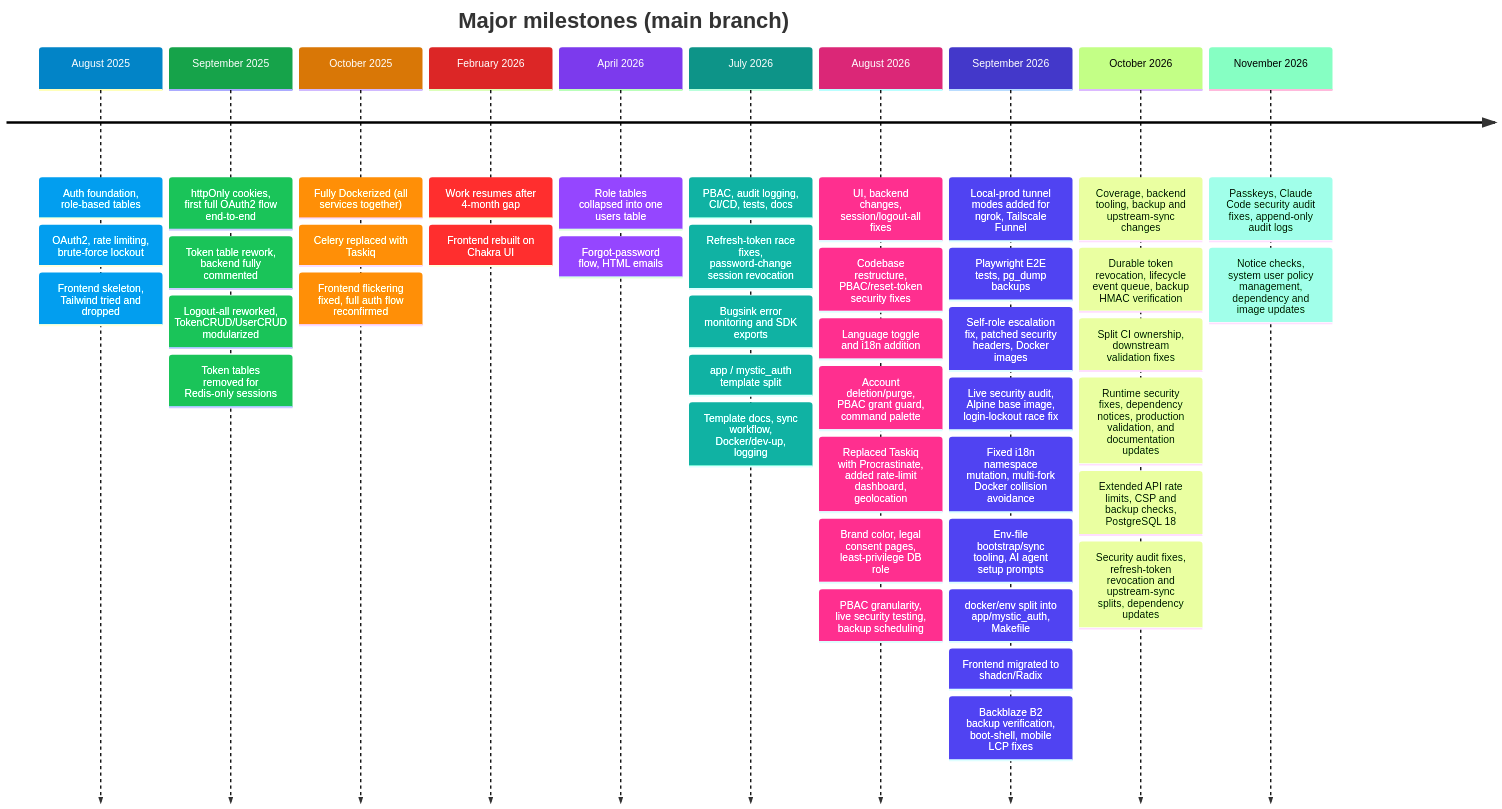
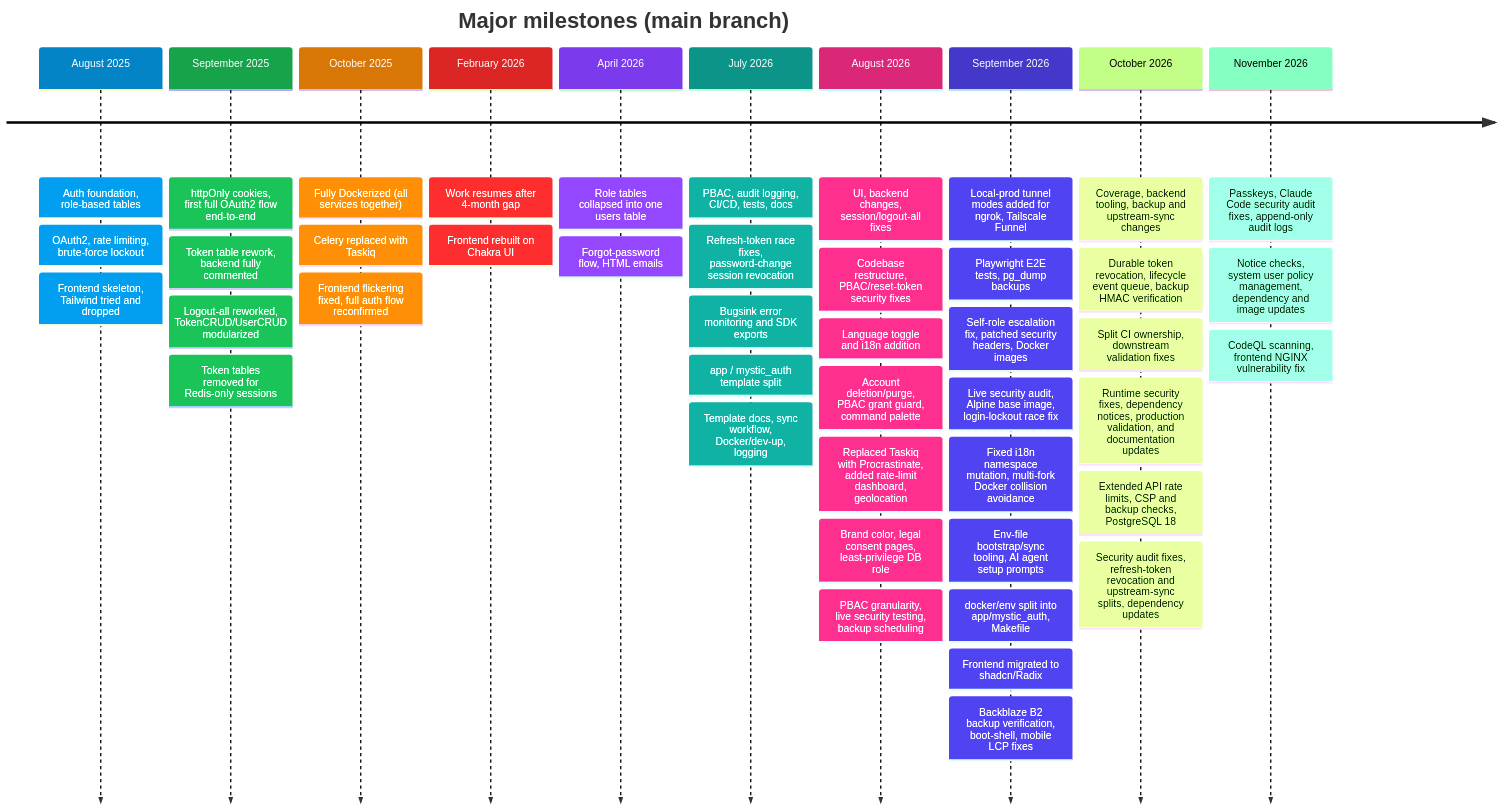
Before and after one commit to Nachiket-2024/mystic-auth: the diagram in docs/mystic_auth/project-story/timeline/README.md, drawn with Mermaid. The commit also changed other lines of this file and 35 other files, not shown here.

Commit message:
Expanded system_superuser grants and added CodeQL scanning

````diff
--- a/docs/mystic_auth/project-story/timeline/README.md
+++ b/docs/mystic_auth/project-story/timeline/README.md
@@ -39,48 +39,49 @@
 ```mermaid
 %%{init: {"themeVariables":{"fontSize":"16px","lineColor":"#334155","cScale0":"#0284c7","cScale1":"#16a34a","cScale2":"#d97706","cScale3":"#dc2626","cScale4":"#7c3aed","cScale5":"#0d9488","cScale6":"#db2777","cScale7":"#4338ca","cScaleLabel0":"#ffffff","cScaleLabel1":"#ffffff","cScaleLabel2":"#ffffff","cScaleLabel3":"#ffffff","cScaleLabel4":"#ffffff","cScaleLabel5":"#ffffff","cScaleLabel6":"#ffffff","cScaleLabel7":"#ffffff"}} }%%
 timeline
     title Major milestones (main branch)
     August 2025: Auth foundation, role-based tables
                 : OAuth2, rate limiting, brute-force lockout
                 : Frontend skeleton, Tailwind tried and dropped
     September 2025: httpOnly cookies, first full OAuth2 flow end-to-end
                    : Token table rework, backend fully commented
                    : Logout-all reworked, TokenCRUD/UserCRUD modularized
                    : Token tables removed for Redis-only sessions
     October 2025: Fully Dockerized (all services together)
                  : Celery replaced with Taskiq
                  : Frontend flickering fixed, full auth flow reconfirmed
     February 2026: Work resumes after 4-month gap
                   : Frontend rebuilt on Chakra UI
     April 2026: Role tables collapsed into one users table
                : Forgot-password flow, HTML emails
     July 2026: PBAC, audit logging, CI/CD, tests, docs
               : Refresh-token race fixes, password-change session revocation
               : Bugsink error monitoring and SDK exports
               : app / mystic_auth template split
               : Template docs, sync workflow, Docker/dev-up, logging
     August 2026: UI, backend changes, session/logout-all fixes
                 : Codebase restructure, PBAC/reset-token security fixes
                 : Language toggle and i18n addition
                 : Account deletion/purge, PBAC grant guard, command palette
                 : Replaced Taskiq with Procrastinate, added rate-limit dashboard, geolocation
                 : Brand color, legal consent pages, least-privilege DB role
                 : PBAC granularity, live security testing, backup scheduling
     September 2026: Local-prod tunnel modes added for ngrok, Tailscale Funnel
                    : Playwright E2E tests, pg_dump backups
                    : Self-role escalation fix, patched security headers, Docker images
                    : Live security audit, Alpine base image, login-lockout race fix
                    : Fixed i18n namespace mutation, multi-fork Docker collision avoidance
                    : Env-file bootstrap/sync tooling, AI agent setup prompts
                    : docker/env split into app/mystic_auth, Makefile
                    : Frontend migrated to shadcn/Radix
                    : Backblaze B2 backup verification, boot-shell, mobile LCP fixes
     October 2026: Coverage, backend tooling, backup and upstream-sync changes
                   : Durable token revocation, lifecycle event queue, backup HMAC verification
                   : Split CI ownership, downstream validation fixes
                   : Runtime security fixes, dependency notices, production validation, and documentation updates
                   : Extended API rate limits, CSP and backup checks, PostgreSQL 18
                   : Security audit fixes, refresh-token revocation and upstream-sync splits, dependency updates
     November 2026: Passkeys, Claude Code security audit fixes, append-only audit logs
                  : Notice checks, system user policy management, dependency and image updates
+                 : CodeQL scanning, frontend NGINX vulnerability fix
 ```
````
